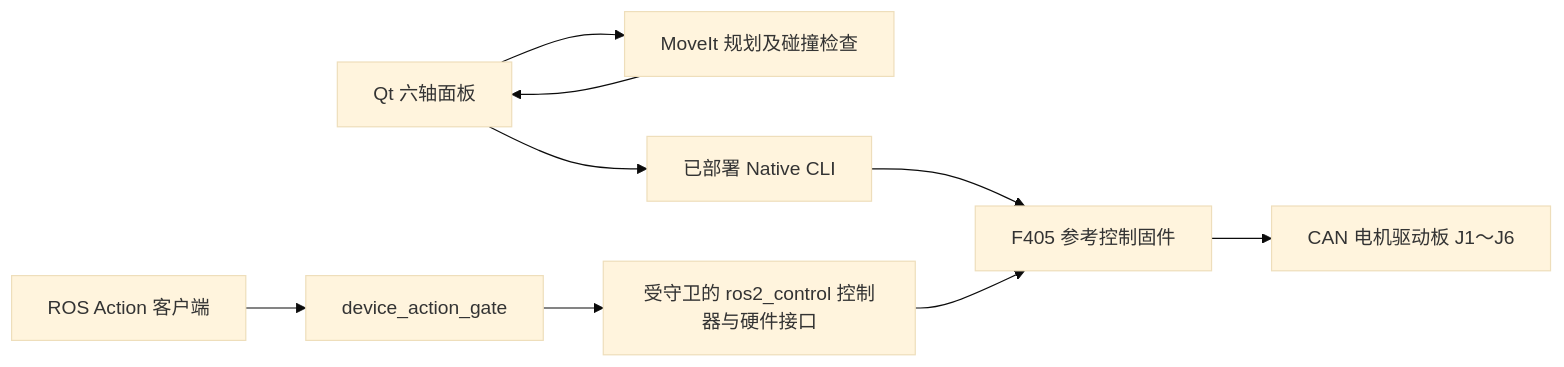
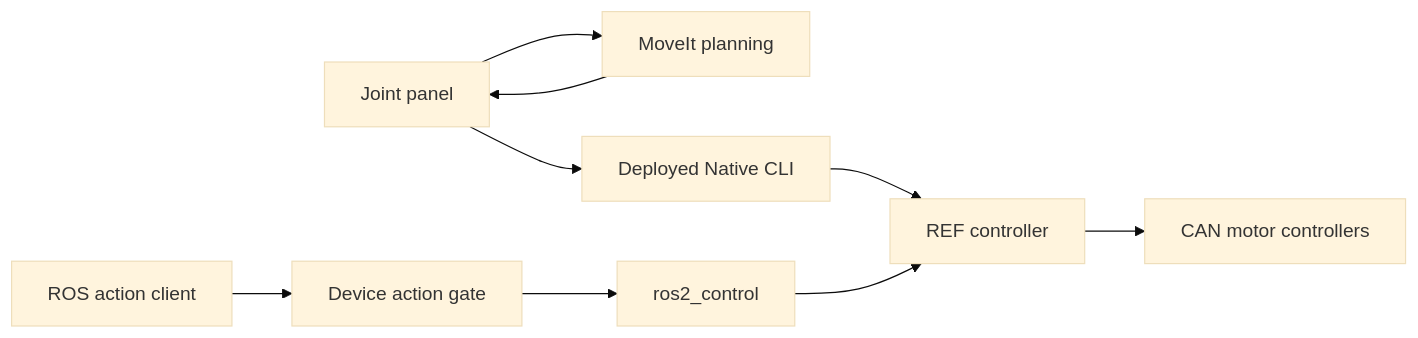
Before and after one commit to KaminDeng/dummy_ros2: the diagram in README.md, drawn with Mermaid (base theme). The commit also changed other lines of this file and 68 other files, not shown here.

````diff
--- a/README.md
+++ b/README.md
@@ -19,11 +33,11 @@
 ```mermaid
 flowchart LR
-    Panel[Qt 六轴面板] --> Planner[MoveIt 规划及碰撞检查]
+    Panel[Joint panel] --> Planner[MoveIt planning]
     Planner --> Panel
-    Panel --> Native[已部署 Native CLI]
-    Native --> REF[F405 参考控制固件]
-    Action[ROS Action 客户端] --> Gate[device_action_gate]
-    Gate --> Controller[受守卫的 ros2_control 控制器与硬件接口]
-    Controller --> REF
-    REF --> CAN[CAN 电机驱动板 J1～J6]
+    Panel --> Native[Deployed Native CLI]
+    Action[ROS action client] --> Gate[Device action gate]
+    Gate --> Control[ros2_control]
+    Native --> Device[REF controller]
+    Control --> Device
+    Device --> Motors[CAN motor controllers]
 ```
````
